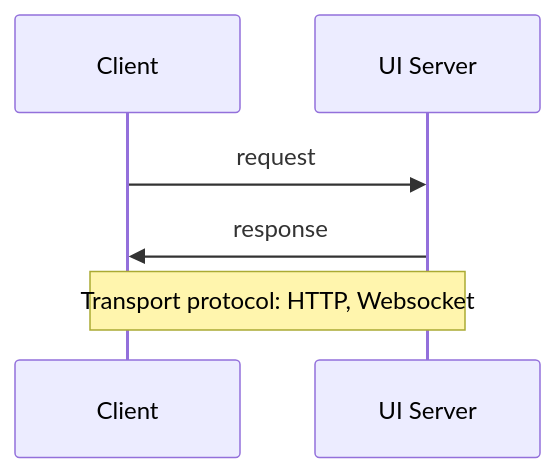
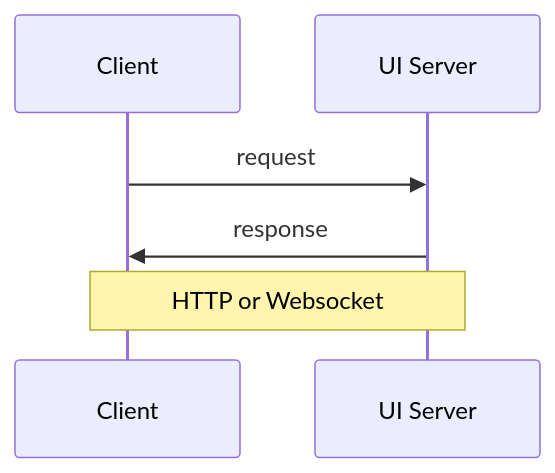
Before and after one commit to SAP/e-mobility-charging-stations-simulator: the diagram in README.md, drawn with Mermaid.

Commit message:
docs: refine README.md

````diff
--- a/README.md
+++ b/README.md
@@ -536,6 +536,6 @@
 ```mermaid
 sequenceDiagram
 Client->>UI Server: request
 UI Server->>Client: response
-Note over UI Server,Client: Transport protocol: HTTP, Websocket
+Note over UI Server,Client: HTTP or Websocket
 ```
````
